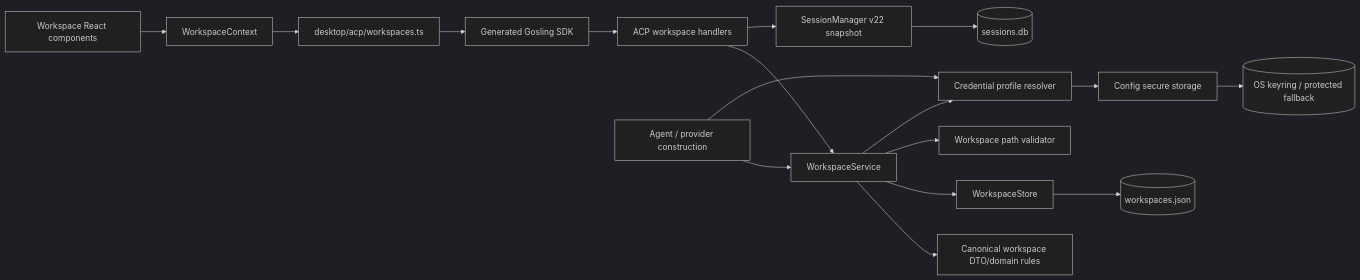
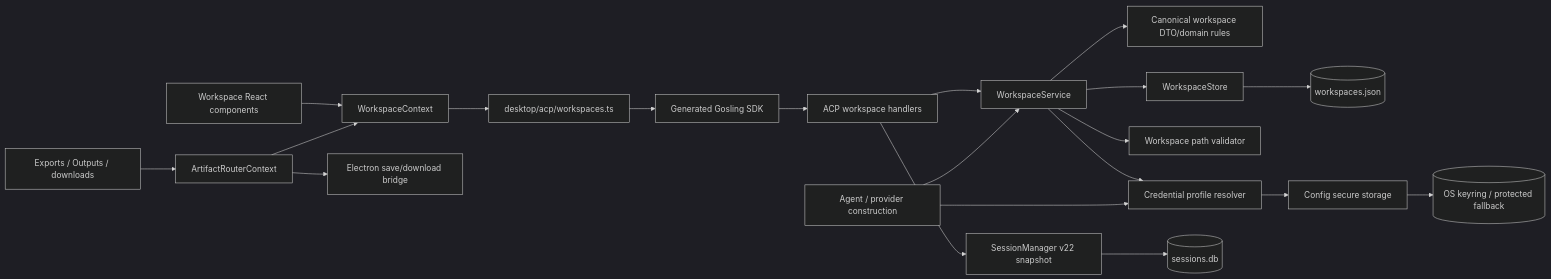
Before and after one commit to cephalopod-ai/gosling: the first of 2 diagrams in docs/architecture.md, drawn with Mermaid (dark theme). The commit also changed other lines of this file and 62 other files, not shown here.

````diff
--- a/docs/architecture.md
+++ b/docs/architecture.md
@@ -8,19 +8,22 @@
 ```mermaid
 flowchart LR
     UI[Workspace React components] --> Context[WorkspaceContext]
+    ArtifactUI[Exports / Outputs / downloads] --> Router[ArtifactRouterContext]
+    Router --> Context
+    Router --> Electron[Electron save/download bridge]
     Context --> DesktopACP[desktop/acp/workspaces.ts]
     DesktopACP --> SDK[Generated Gosling SDK]
     SDK --> Handlers[ACP workspace handlers]
     Handlers --> Service[WorkspaceService]
     Service --> Domain[Canonical workspace DTO/domain rules]
     Service --> Store[WorkspaceStore]
     Service --> Validator[Workspace path validator]
     Service --> Credentials[Credential profile resolver]
     Store --> JSON[(workspaces.json)]
     Credentials --> Config[Config secure storage]
     Config --> Keyring[(OS keyring / protected fallback)]
     Handlers --> Sessions[SessionManager v22 snapshot]
     Sessions --> DB[(sessions.db)]
     Agent[Agent / provider construction] --> Service
     Agent --> Credentials
 ```
````
